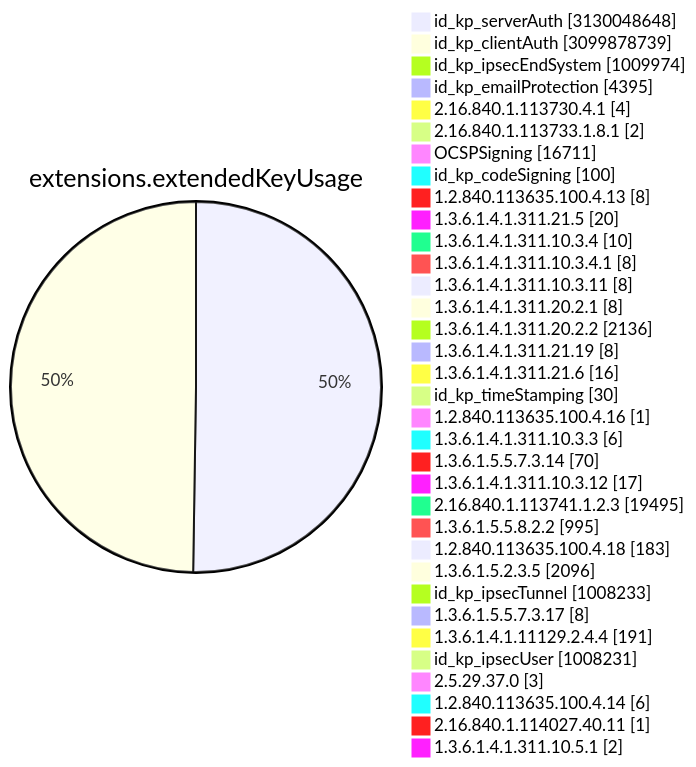
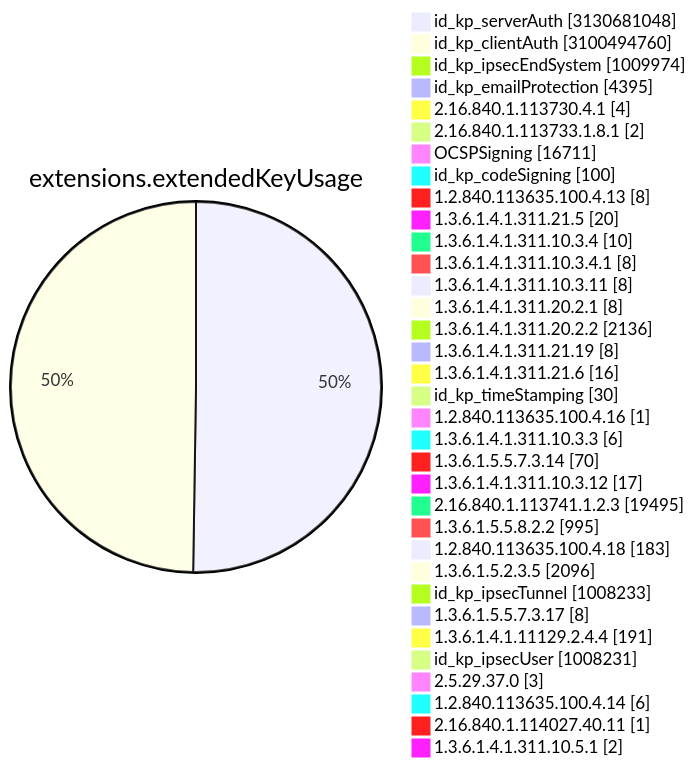
One commit to christiankrug/ctmonitor_visualization changed diagram 11 of 15 in TOTAL/README.md. Above: the diagram before and after it, drawn with Mermaid. The commit also changed other lines of this file, not shown here.

````diff
--- a/TOTAL/README.md
+++ b/TOTAL/README.md
@@ -4119,38 +4119,38 @@
 ```mermaid
 pie showData
 title extensions.extendedKeyUsage
-"id_kp_serverAuth" :3130048648
-"id_kp_clientAuth" :3099878739
+"id_kp_serverAuth" :3130681048
+"id_kp_clientAuth" :3100494760
 "id_kp_ipsecEndSystem" :1009974
 "id_kp_emailProtection" :4395
 "2.16.840.1.113730.4.1" :4
 "2.16.840.1.113733.1.8.1" :2
 "OCSPSigning" :16711
 "id_kp_codeSigning" :100
 "1.2.840.113635.100.4.13" :8
 "1.3.6.1.4.1.311.21.5" :20
 "1.3.6.1.4.1.311.10.3.4" :10
 "1.3.6.1.4.1.311.10.3.4.1" :8
 "1.3.6.1.4.1.311.10.3.11" :8
 "1.3.6.1.4.1.311.20.2.1" :8
 "1.3.6.1.4.1.311.20.2.2" :2136
 "1.3.6.1.4.1.311.21.19" :8
 "1.3.6.1.4.1.311.21.6" :16
 "id_kp_timeStamping" :30
 "1.2.840.113635.100.4.16" :1
 "1.3.6.1.4.1.311.10.3.3" :6
 "1.3.6.1.5.5.7.3.14" :70
 "1.3.6.1.4.1.311.10.3.12" :17
 "2.16.840.1.113741.1.2.3" :19495
 "1.3.6.1.5.5.8.2.2" :995
 "1.2.840.113635.100.4.18" :183
 "1.3.6.1.5.2.3.5" :2096
 "id_kp_ipsecTunnel" :1008233
 "1.3.6.1.5.5.7.3.17" :8
 "1.3.6.1.4.1.11129.2.4.4" :191
 "id_kp_ipsecUser" :1008231
 "2.5.29.37.0" :3
 "1.2.840.113635.100.4.14" :6
 "2.16.840.1.114027.40.11" :1
 "1.3.6.1.4.1.311.10.5.1" :2
 ```
````
